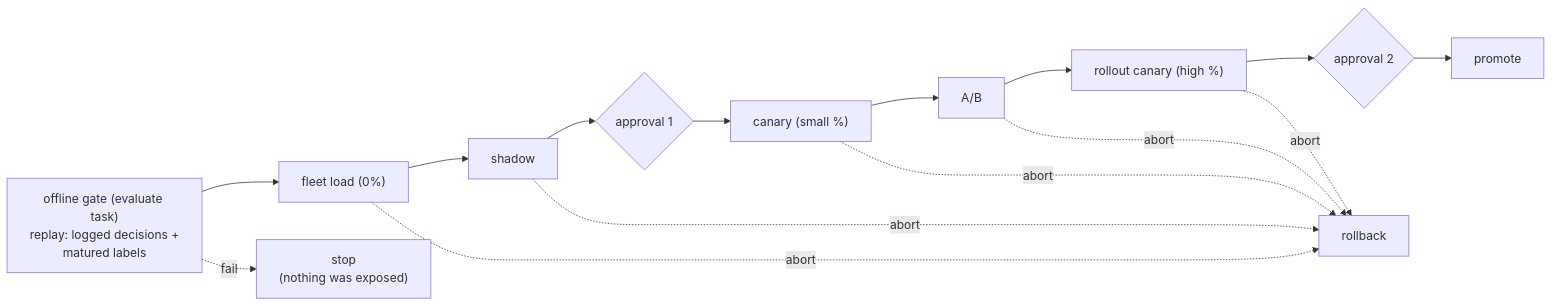
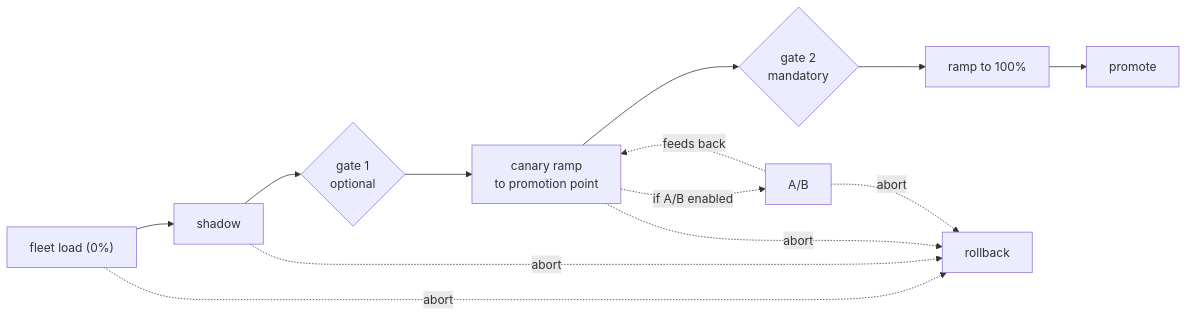
The diagram in design_docs/06_validation_promotion.md (cunha-sigma/ml_offline), drawn with Mermaid before and after one commit. The commit also changed other lines of this file and 5 other files, not shown here.

````diff
--- a/design_docs/06_validation_promotion.md
+++ b/design_docs/06_validation_promotion.md
@@ -115,17 +86,15 @@
 ```mermaid
 flowchart LR
-  OG["offline gate (evaluate task)<br/>replay: logged decisions +<br/>matured labels"] --> FL["fleet load (0%)"]
-  OG -. fail .-> ST["stop<br/>(nothing was exposed)"]
-  FL --> SH["shadow"]
-  SH --> G1{"approval 1"}
-  G1 --> CA["canary (small %)"]
-  CA --> AB["A/B"]
-  AB --> RC["rollout canary (high %)"]
-  RC --> G2{"approval 2"}
-  G2 --> PR["promote"]
+  FL["fleet load (0%)"] --> SH["shadow"]
+  SH --> G1{"gate 1<br/>optional"}
+  G1 --> CA["canary ramp<br/>to promotion point"]
+  CA -. if A/B enabled .-> AB["A/B"]
+  AB -. feeds back .-> CA
+  CA --> G2{"gate 2<br/>mandatory"}
+  G2 --> RAMP["ramp to 100%"]
+  RAMP --> PR["promote"]
   FL -. abort .-> RB["rollback"]
   SH -. abort .-> RB
   CA -. abort .-> RB
   AB -. abort .-> RB
-  RC -. abort .-> RB
 ```
````
